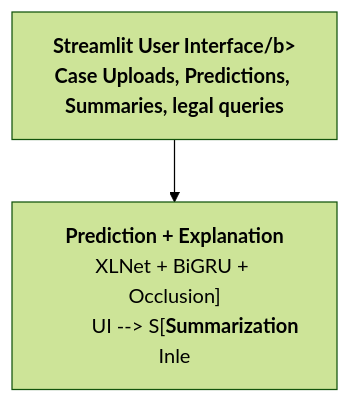
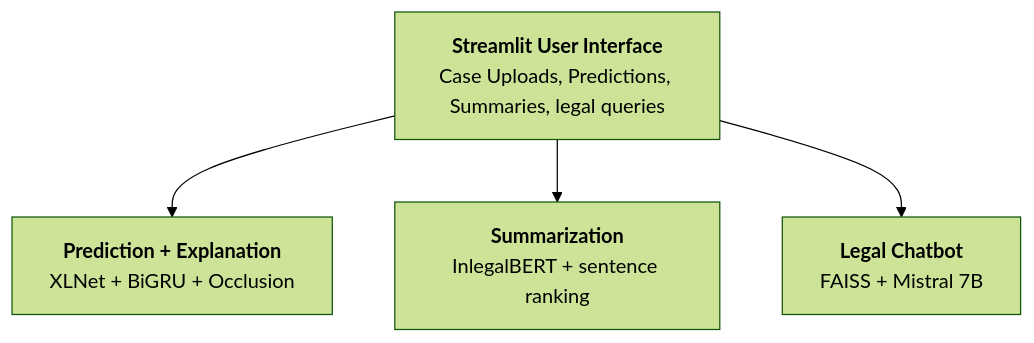
Before and after one commit to srujankothuri/obsidian-vault: the first of 2 diagrams in Legal Research Project.md, drawn with Mermaid (forest theme). The commit also changed other lines of this file, not shown here.

````diff
--- a/Legal Research Project.md
+++ b/Legal Research Project.md
@@ -35,7 +35,8 @@
 ```mermaid
 flowchart TD
-	UI["<b>Streamlit User Interface/b><br/>Case Uploads, Predictions, Summaries, legal queries"]
-	UI --> P["<b>Prediction + Explanation</b><br/>XLNet + BiGRU + Occlusion]
-	UI --> S["<b>Summarization</b><br/>Inle]
+	UI["<b>Streamlit User Interface</b><br/>Case Uploads, Predictions, Summaries, legal queries"]
+	UI --> P["<b>Prediction + Explanation</b><br/>XLNet + BiGRU + Occlusion"]
+	UI --> S["<b>Summarization</b><br/>InlegalBERT + sentence ranking"]
+	UI --> L["<b>Legal Chatbot</b><br/>FAISS + Mistral 7B"]
 
 ```
````
